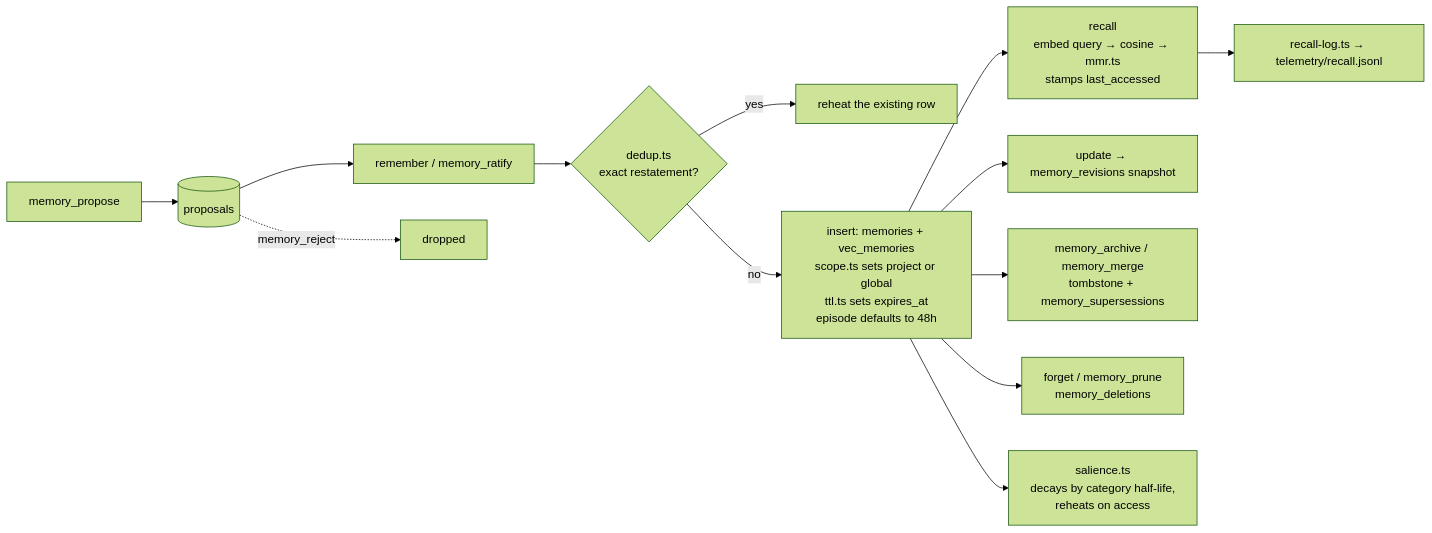
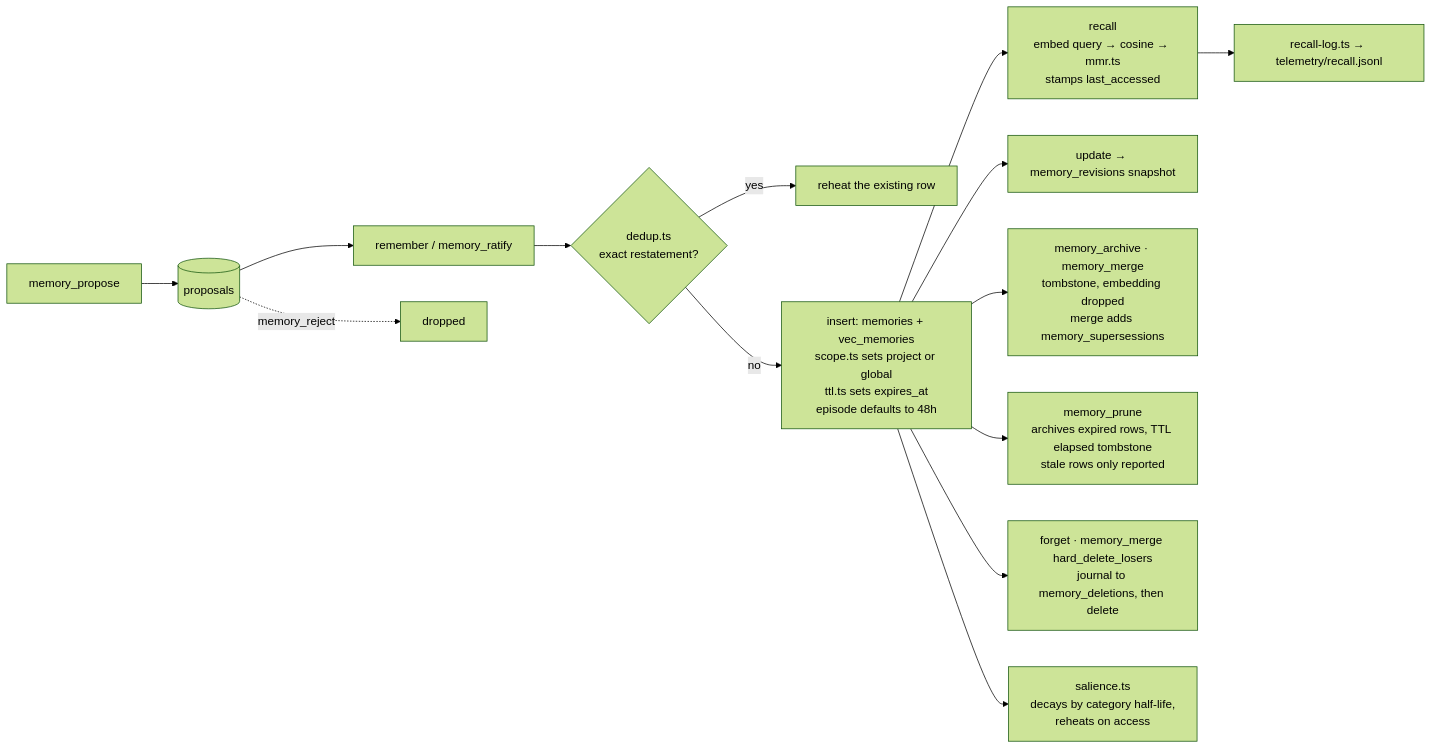
Before and after one commit to sleepunit-agents/loom: the third of 3 diagrams in docs/architecture.md, drawn with Mermaid (forest theme). The commit also changed other lines of this file and 1 other file, not shown here.

First line of the commit message:
docs(architecture): prune archives, widget tools covered, bearer labels (t-1379)

````diff
--- a/docs/architecture.md
+++ b/docs/architecture.md
@@ -131,14 +131,15 @@
 ```mermaid
 flowchart LR
   W["remember / memory_ratify"] --> DD{"dedup.ts<br/>exact restatement?"}
   DD -- yes --> HEAT["reheat the existing row"]
   DD -- no --> INS["insert: memories + vec_memories<br/>scope.ts sets project or global<br/>ttl.ts sets expires_at<br/>episode defaults to 48h"]
   PQ["memory_propose"] --> PT[("proposals")] --> W
   PT -. memory_reject .-> X["dropped"]
   INS --> RC["recall<br/>embed query → cosine → mmr.ts<br/>stamps last_accessed"]
   RC --> LOG["recall-log.ts → telemetry/recall.jsonl"]
   INS --> UPD["update → memory_revisions snapshot"]
-  INS --> ARC["memory_archive / memory_merge<br/>tombstone + memory_supersessions"]
-  INS --> DEL["forget / memory_prune<br/>memory_deletions"]
+  INS --> ARC["memory_archive · memory_merge<br/>tombstone, embedding dropped<br/>merge adds memory_supersessions"]
+  INS --> PRN["memory_prune<br/>archives expired rows, TTL elapsed tombstone<br/>stale rows only reported"]
+  INS --> DEL["forget · memory_merge hard_delete_losers<br/>journal to memory_deletions, then delete"]
   INS --> SALN["salience.ts<br/>decays by category half-life,<br/>reheats on access"]
 ```
````
